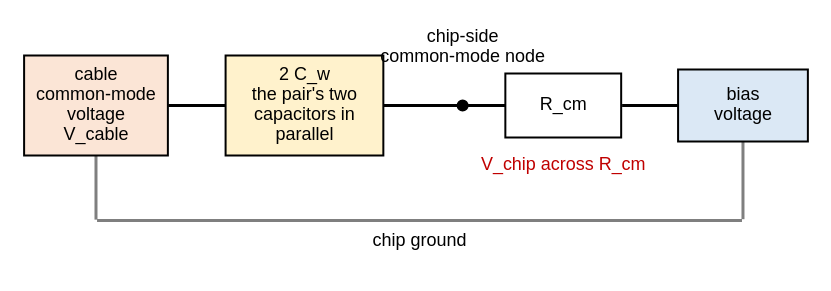
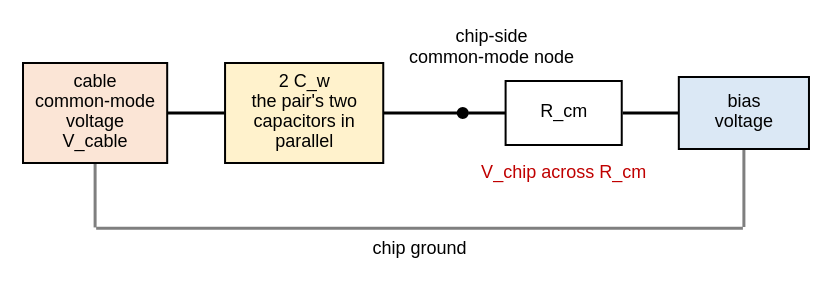
One commit to mithro/evampire changed the diagram in docs/ethernet/magnetics/cm-divider.dot. Above: the diagram before and after it, drawn with Graphviz. The commit also changed 2 other files, not shown here.

```diff
--- a/docs/ethernet/magnetics/cm-divider.dot
+++ b/docs/ethernet/magnetics/cm-divider.dot
@@ -1,40 +1,40 @@
 // Common-mode divider of a capacitor-coupled pair: the cable's common-mode
 // voltage reaches the chip-side common-mode node through the pair's two
 // coupling capacitors in parallel, and the chip holds that node at its
 // bias voltage through a resistance R_cm.
 //
 // Fixed grid, positions in inches.
 //
 // SPDX-License-Identifier: Apache-2.0
 
 graph cm_divider {
     graph [layout=neato, splines=false, outputorder=edgesfirst,
            fontname="Helvetica", fontsize=10];
     node  [fontname="Helvetica", fontsize=9, pin=true, shape=box,
            style=filled, fixedsize=true, height=0.7];
     edge  [penwidth=1.5];
 
     vc [pos="0.5,0.8!", width=1.0, fillcolor="#fbe5d6",
         label="cable\ncommon-mode\nvoltage\nV_cable"];
     cw [pos="1.95,0.8!", width=1.1, fillcolor="#fff2cc",
         label="2 C_w\nthe pair's two\ncapacitors in\nparallel"];
     rcm [pos="3.75,0.8!", width=0.8, height=0.45, fillcolor="#ffffff",
          label="R_cm"];
     bias [pos="5.0,0.8!", width=0.9, height=0.5, fillcolor="#dbe8f5",
           label="bias\nvoltage"];
 
     node [shape=plaintext, style="", width=1.6, height=0.35, fontsize=9];
-    lnode [pos="3.05,1.2!", width=1.4, label="chip-side\ncommon-mode node"];
+    lnode [pos="3.25,1.25!", width=1.3, label="chip-side\ncommon-mode node"];
     lv [pos="3.75,0.38!", width=1.3, fontcolor="#c00000",
         label="V_chip across R_cm"];
     lg [pos="2.75,-0.15!", width=2.2, label="chip ground"];
 
     node [shape=point, width=0.07, height=0.07, style=filled,
           fillcolor="#000000"];
     jn [pos="3.05,0.8!"];
     node [shape=point, width=0.01, height=0.01, style=invis];
     g1 [pos="0.5,0.0!"]; g2 [pos="5.0,0.0!"];
 
     vc -- cw -- jn -- rcm -- bias;
     vc -- g1 -- g2 -- bias [color="#7f7f7f"];
 }
```
